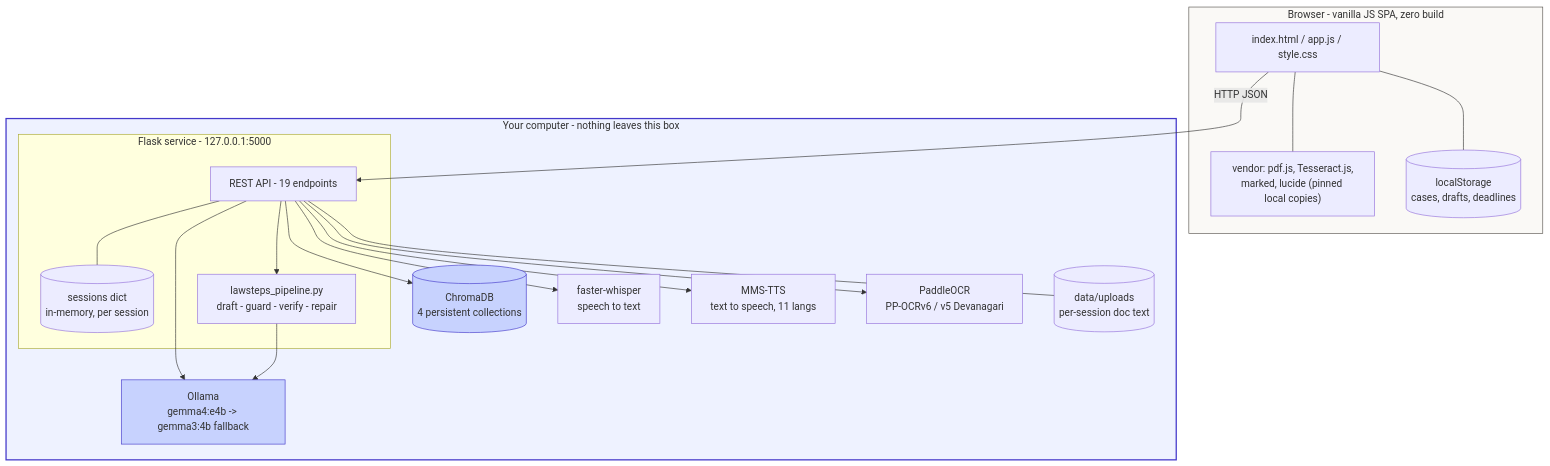
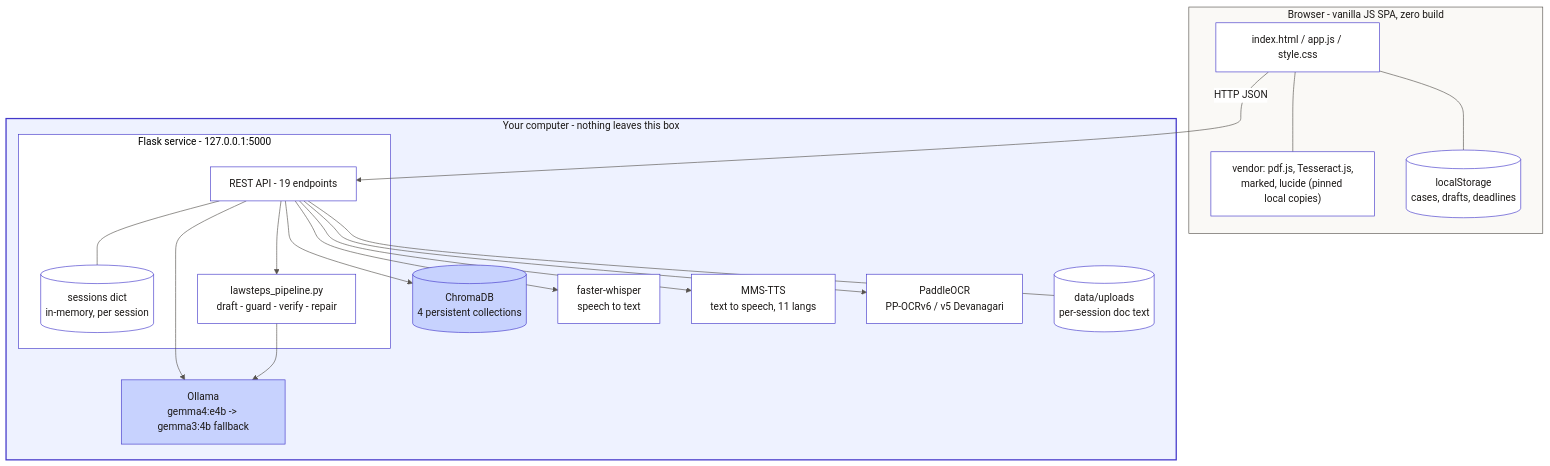
The second of 9 diagrams in docs/ARCHITECTURE.md (MAsTeRlssPd/AdhiKaar), drawn with Mermaid before and after one commit. The commit also changed other lines of this file and 1 other file, not shown here.

First line of the commit message:
Fix mermaid diagram contrast in GitHub light and dark mode

````diff
--- a/docs/ARCHITECTURE.md
+++ b/docs/ARCHITECTURE.md
@@ -183,42 +184,43 @@
 ```mermaid
+%%{init: {'theme':'base','themeVariables':{'background':'#FFFFFF','primaryColor':'#EEF2FF','primaryTextColor':'#1C1917','primaryBorderColor':'#4338CA','secondaryColor':'#FAF9F6','tertiaryColor':'#FFFFFF','lineColor':'#57534E','textColor':'#1C1917','mainBkg':'#FFFFFF','nodeBorder':'#4338CA','clusterBkg':'#FFFFFF','clusterBorder':'#4338CA','edgeLabelBackground':'#FFFFFF','actorBkg':'#EEF2FF','actorTextColor':'#1C1917','actorBorder':'#4338CA','signalColor':'#1C1917','signalTextColor':'#1C1917','noteBkgColor':'#FEF3C7','noteTextColor':'#1C1917','noteBorderColor':'#F59E0B','labelBoxBkgColor':'#EEF2FF','labelTextColor':'#1C1917','sequenceNumberColor':'#FFFFFF'}}}%%
 graph TB
     subgraph BROWSER["Browser - vanilla JS SPA, zero build"]
         UI["index.html / app.js / style.css"]
         VEND["vendor: pdf.js, Tesseract.js,<br/>marked, lucide (pinned local copies)"]
         LS[("localStorage<br/>cases, drafts, deadlines")]
     end
 
     subgraph HOST["Your computer - nothing leaves this box"]
         subgraph FLASK["Flask service - 127.0.0.1:5000"]
             API["REST API - 19 endpoints"]
             SESS[("sessions dict<br/>in-memory, per session")]
             PIPE["lawsteps_pipeline.py<br/>draft - guard - verify - repair"]
         end
 
         OLLAMA["Ollama<br/>gemma4:e4b -> gemma3:4b fallback"]
         CHROMA[("ChromaDB<br/>4 persistent collections")]
         WHISPER["faster-whisper<br/>speech to text"]
         TTS["MMS-TTS<br/>text to speech, 11 langs"]
         PADDLE["PaddleOCR<br/>PP-OCRv6 / v5 Devanagari"]
         UP[("data/uploads<br/>per-session doc text")]
     end
 
     UI -->|"HTTP JSON"| API
     UI --- VEND
     UI --- LS
 
     API --> OLLAMA
     API --> CHROMA
     API --> WHISPER
     API --> TTS
     API --> PADDLE
     API --- SESS
     API --- UP
     API --> PIPE
     PIPE --> OLLAMA
 
-    style HOST fill:#EEF2FF,stroke:#4338CA,stroke-width:2px
-    style BROWSER fill:#FAF9F6,stroke:#57534E
-    style OLLAMA fill:#C7D2FE,stroke:#4338CA
-    style CHROMA fill:#C7D2FE,stroke:#4338CA
+    style HOST fill:#EEF2FF,stroke:#4338CA,stroke-width:2px,color:#1C1917
+    style BROWSER fill:#FAF9F6,stroke:#57534E,color:#1C1917
+    style OLLAMA fill:#C7D2FE,stroke:#4338CA,color:#1C1917
+    style CHROMA fill:#C7D2FE,stroke:#4338CA,color:#1C1917
 ```
````
